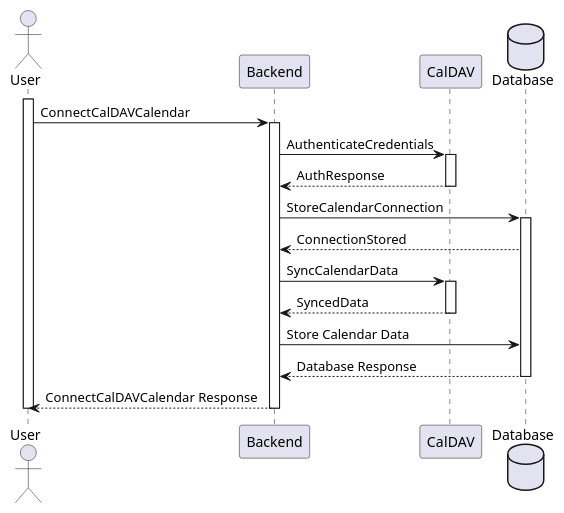
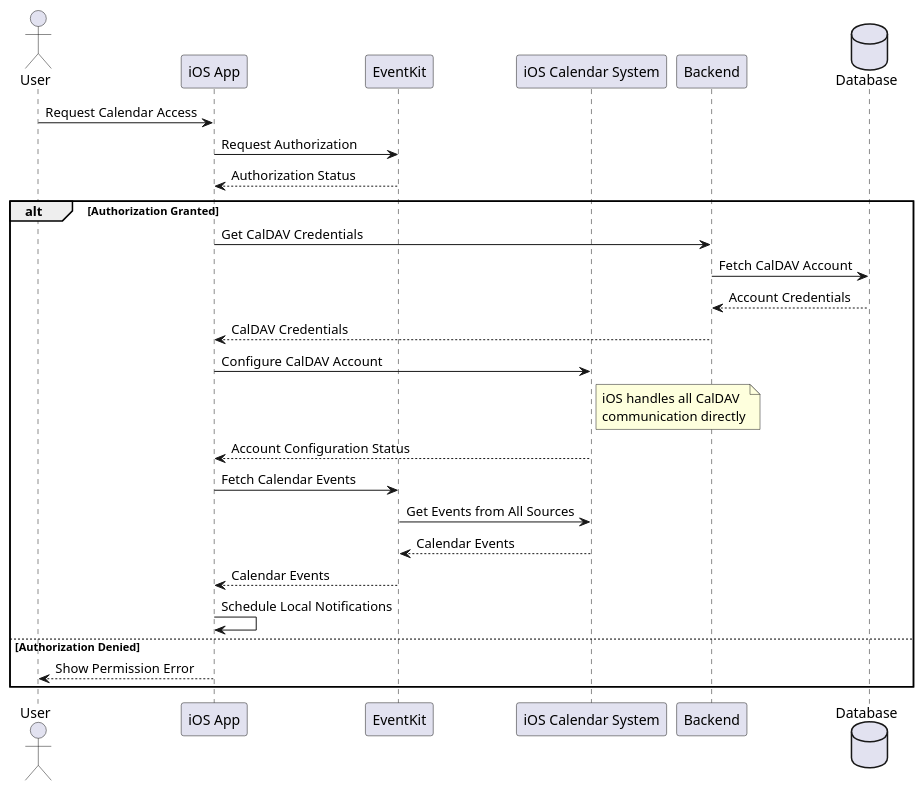
The fifth of 14 diagrams in docs/diagrams/sequence-diagrams/all-sequence-diagrams.puml (jadwalapp/symmetrical-spoon), drawn with PlantUML before and after one commit. The commit also changed other lines of this file and 12 other files, not shown here.

```diff
--- a/docs/diagrams/sequence-diagrams/all-sequence-diagrams.puml
+++ b/docs/diagrams/sequence-diagrams/all-sequence-diagrams.puml
@@ -113,25 +113,33 @@
 @startuml Connect Calendar
 actor User
+participant "iOS App" as App
+participant EventKit
+participant "iOS Calendar System" as iOS
 participant Backend
-participant CalDAV
 database Database
 
-activate User
+User -> App: Request Calendar Access
+App -> EventKit: Request Authorization
+EventKit --> App: Authorization Status
 
-User -> Backend ++ : ConnectCalDAVCalendar
+alt Authorization Granted
+    App -> Backend: Get CalDAV Credentials
+    Backend -> Database: Fetch CalDAV Account
+    Database --> Backend: Account Credentials
+    Backend --> App: CalDAV Credentials
 
-Backend -> CalDAV ++ : AuthenticateCredentials
-CalDAV --> Backend -- : AuthResponse
+    App -> iOS: Configure CalDAV Account
+    note right of iOS: iOS handles all CalDAV\ncommunication directly
+    iOS --> App: Account Configuration Status
 
-Backend -> Database ++ : StoreCalendarConnection
-Database --> Backend : ConnectionStored
+    App -> EventKit: Fetch Calendar Events
+    EventKit -> iOS: Get Events from All Sources
+    iOS --> EventKit: Calendar Events
+    EventKit --> App: Calendar Events
 
-Backend -> CalDAV ++ : SyncCalendarData
-CalDAV --> Backend -- : SyncedData
+    App -> App: Schedule Local Notifications
+else Authorization Denied
+    App --> User: Show Permission Error
+end
 
-Backend -> Database : Store Calendar Data
-Database --> Backend -- :  Database Response
-
-Backend --> User -- : ConnectCalDAVCalendar Response
-deactivate User
 @enduml
```
